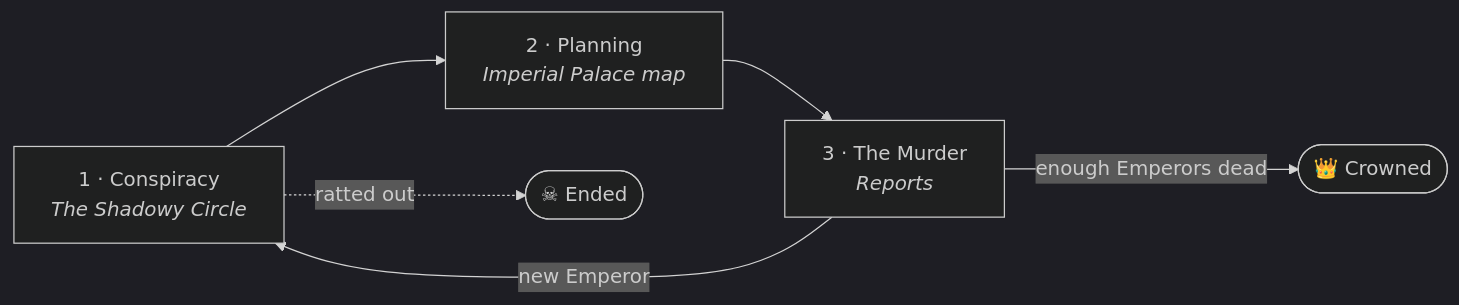
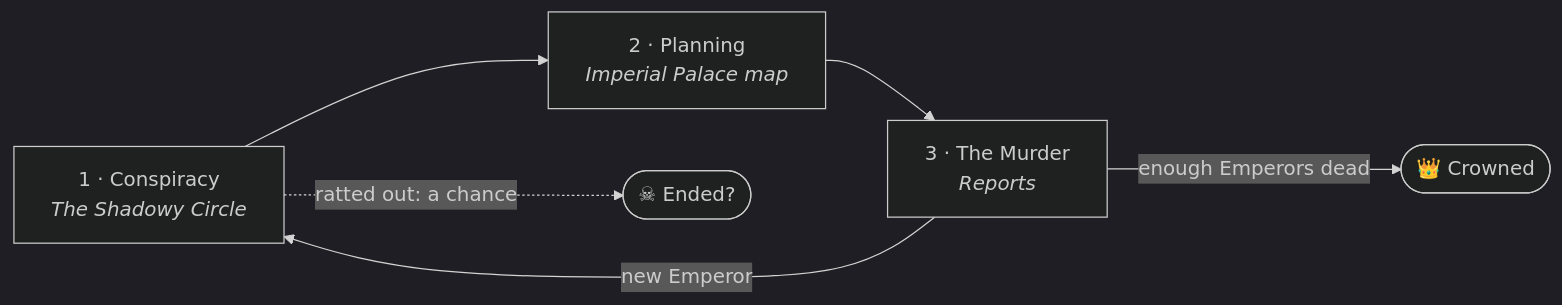
One commit to executetheemperor-wq/ExecuteTheEmperor changed the diagram in README.md. Above: the diagram before and after it, drawn with Mermaid (dark theme). The commit also changed other lines of this file and 9 other files, not shown here.

````diff
--- a/README.md
+++ b/README.md
@@ -25,8 +26,8 @@
 ```mermaid
 flowchart LR
     C["1 · Conspiracy<br/><i>The Shadowy Circle</i>"] --> P["2 · Planning<br/><i>Imperial Palace map</i>"]
     P --> M["3 · The Murder<br/><i>Reports</i>"]
     M -->|new Emperor| C
     M -->|enough Emperors dead| W(["👑 Crowned"])
-    C -.->|ratted out| L(["☠ Ended"])
+    C -.->|"ratted out: a chance"| L(["☠ Ended?"])
 ```
````
